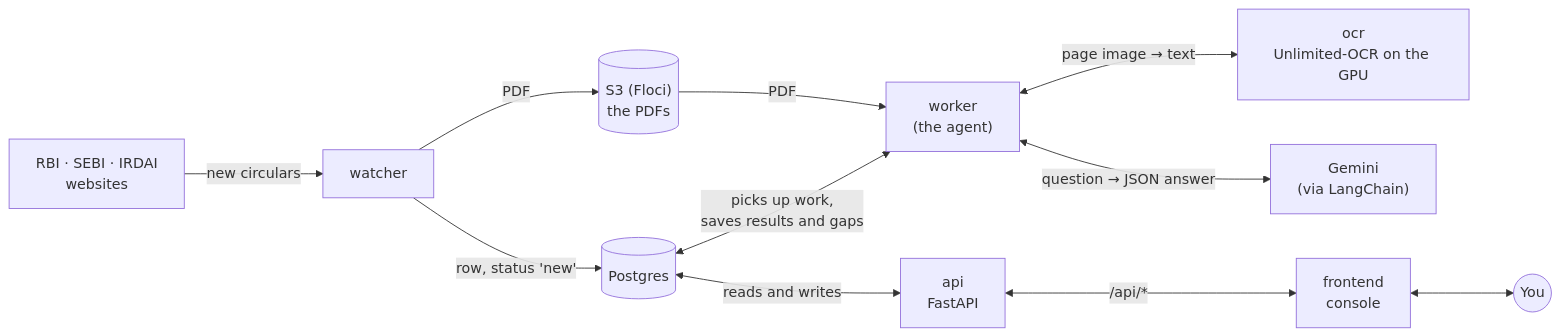
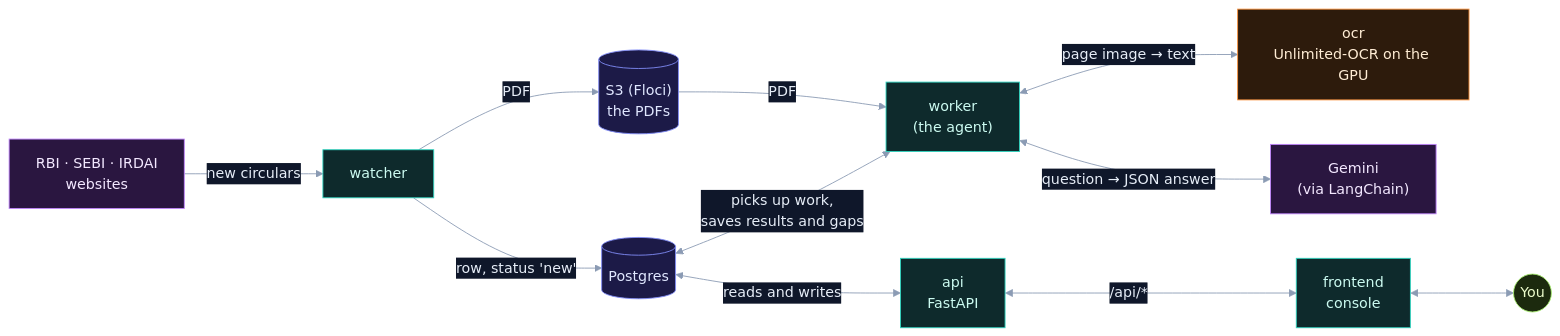
Before and after one commit to selvakumarperumal/Regulatory_Circular_Impact_Agent: the first of 21 diagrams in how_it_works.md, drawn with Mermaid. The commit also changed other lines of this file and 1 other file, not shown here.

````diff
--- a/how_it_works.md
+++ b/how_it_works.md
@@ -63,13 +69,29 @@
 ```mermaid
+%%{init: {"theme": "base", "themeVariables": {"darkMode": true, "primaryColor": "#16213a", "primaryTextColor": "#e6edf7", "primaryBorderColor": "#475a7a", "lineColor": "#8b9bb4", "secondaryColor": "#1b2436", "tertiaryColor": "#101a2e", "edgeLabelBackground": "#0f172a", "textColor": "#e2e8f0", "clusterBkg": "#0f1728", "clusterBorder": "#2b3a55", "titleColor": "#c4b5fd", "nodeTextColor": "#e6edf7"}}}%%
 flowchart LR
     sites["RBI · SEBI · IRDAI<br/>websites"] -->|new circulars| W["watcher"]
     W -->|PDF| S3[("S3 (Floci)<br/>the PDFs")]
     W -->|"row, status 'new'"| DB[("Postgres")]
     S3 -->|PDF| K["worker<br/>(the agent)"]
     DB <-->|"picks up work,<br/>saves results and gaps"| K
     K <-->|"page image → text"| O["ocr<br/>Unlimited-OCR on the GPU"]
     K <-->|"question → JSON answer"| G["Gemini<br/>(via LangChain)"]
     DB <-->|reads and writes| A["api<br/>FastAPI"]
     A <-->|"/api/*"| F["frontend<br/>console"]
     F <--> U(("You"))
+
+    classDef svc fill:#0e2a2c,stroke:#2dd4bf,color:#ccfbf1
+    classDef data fill:#1c1a47,stroke:#818cf8,color:#e0e7ff
+    classDef ext fill:#2a1640,stroke:#c084fc,color:#f3e8ff
+    classDef gpu fill:#2d1b0c,stroke:#fb923c,color:#ffedd5
+    classDef ask fill:#2a2410,stroke:#fbbf24,color:#fef3c7
+    classDef ok fill:#0b2a1c,stroke:#34d399,color:#d1fae5
+    classDef bad fill:#2e0f17,stroke:#fb7185,color:#ffe4e6
+    classDef start fill:#1c2a0e,stroke:#a7ef6f,color:#ecfccb
+    classDef muted fill:#1a2130,stroke:#64748b,color:#cbd5e1
+    class W,K,A,F svc
+    class S3,DB data
+    class sites,G ext
+    class O gpu
+    class U start
 ```
````
